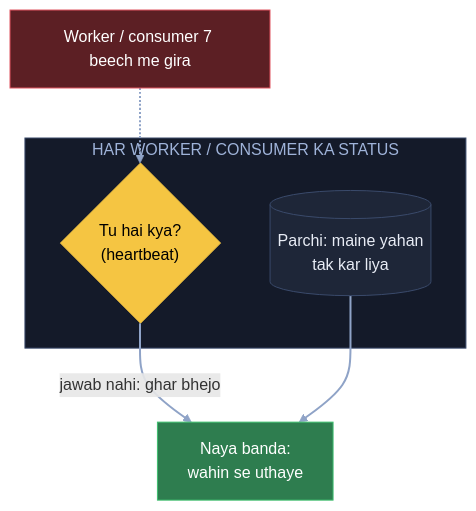
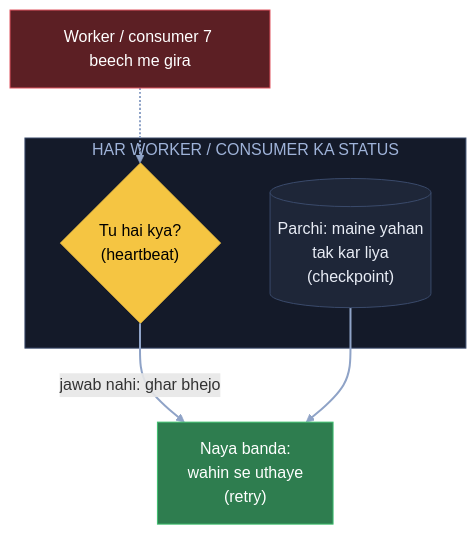
Diagram 13 of 21 in 04_HLD/SYSTEM_DESIGNS/03_twitter_feed/03_twitter_feed.md (ArpanMaheshwari144/Prep), drawn with Mermaid before and after one commit. The commit also changed other lines of this file and 22 other files, not shown here.

Commit message:
Diagram: sirf kahani ke dohraaye shabd pe bracket, us jagah notes wala matlab (207 label)

````diff
--- a/04_HLD/SYSTEM_DESIGNS/03_twitter_feed/03_twitter_feed.md
+++ b/04_HLD/SYSTEM_DESIGNS/03_twitter_feed/03_twitter_feed.md
@@ -482,18 +482,18 @@
 ```mermaid
 flowchart TB
     W7["Worker / consumer 7 beech me gira"]:::bad
     subgraph ST["HAR WORKER / CONSUMER KA STATUS"]
         H{"Tu hai kya?<br/>(heartbeat)"}:::pill
-        C[("Parchi: maine yahan<br/>tak kar liya")]:::card
+        C[("Parchi: maine yahan<br/>tak kar liya<br/>(checkpoint)")]:::card
     end
-    N["Naya banda:<br/>wahin se uthaye"]:::good
+    N["Naya banda:<br/>wahin se uthaye<br/>(retry)"]:::good
     W7 -.-> H
     H -- "jawab nahi: ghar bhejo" --> N
     C --> N
     linkStyle default stroke:#8fa3c7,stroke-width:2px
     classDef card fill:#1e2638,stroke:#3a4a6b,color:#e8ecf5
     classDef pill fill:#f5c542,stroke:#f5c542,color:#000
     classDef good fill:#2e7d4f,stroke:#3fbf6f,color:#fff
     classDef bad fill:#5c1f24,stroke:#e05561,color:#fff
     style ST fill:#141a29,stroke:#3a4a6b,color:#9fb3d9
 ```
````
